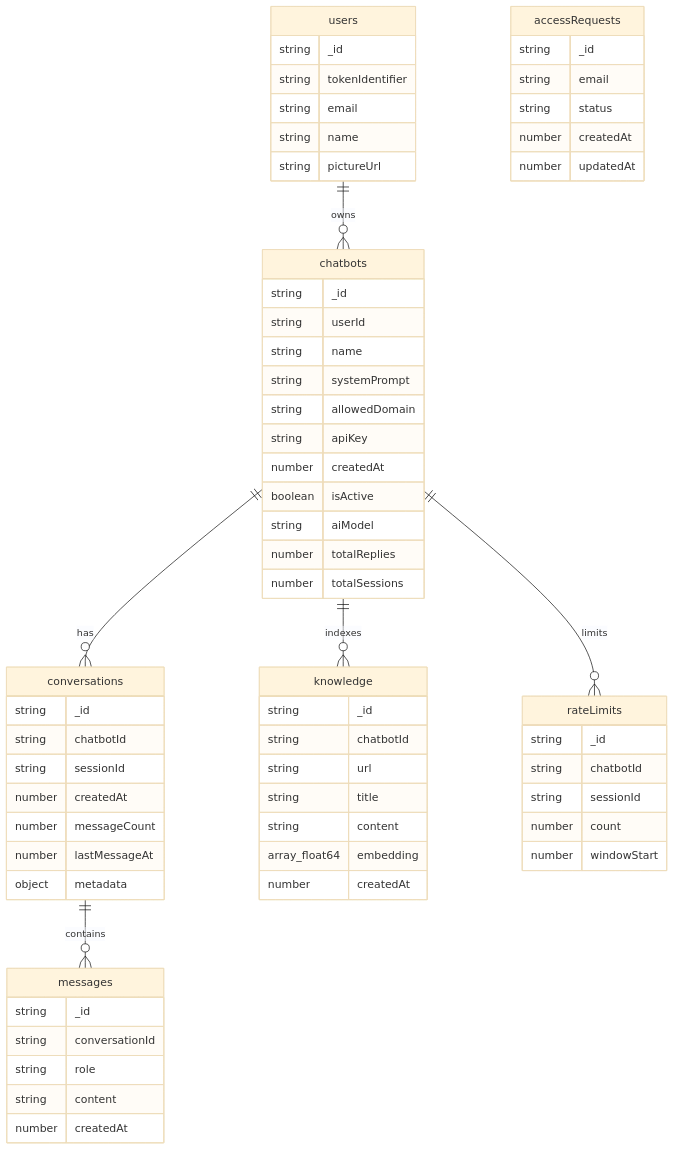
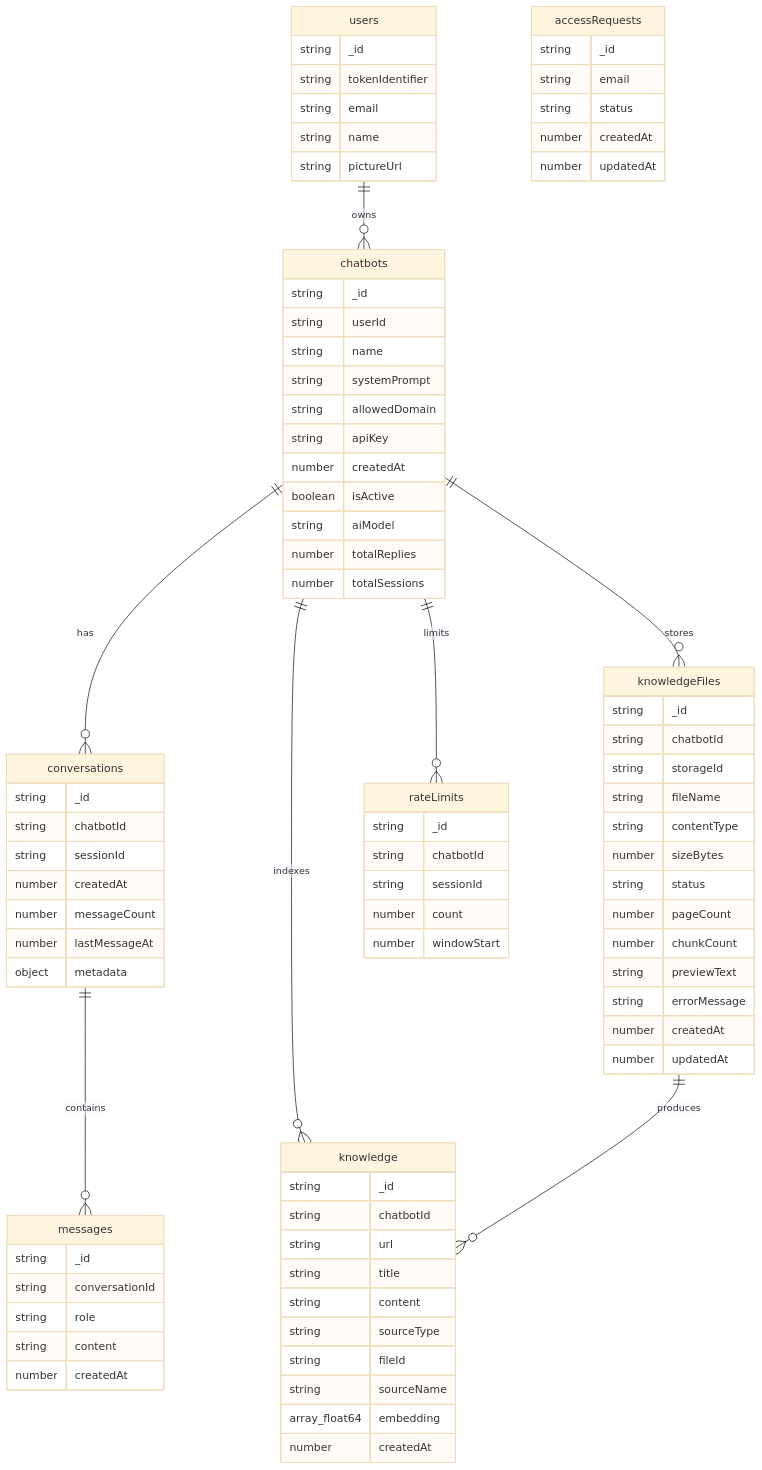
The diagram in docs/02-architecture/convex-erd.md (tsdlanm/widget-chatbot), drawn with Mermaid (base theme) before and after one commit. The commit also changed other lines of this file and 35 other files, not shown here.

```diff
--- a/docs/02-architecture/convex-erd.md
+++ b/docs/02-architecture/convex-erd.md
@@ -10,6 +10,8 @@
     chatbots ||--o{ conversations : has
     conversations ||--o{ messages : contains
     chatbots ||--o{ knowledge : indexes
+    chatbots ||--o{ knowledgeFiles : stores
+    knowledgeFiles ||--o{ knowledge : produces
     chatbots ||--o{ rateLimits : limits
 
     users {
@@ -58,8 +60,27 @@
         string url
         string title
         string content
+        string sourceType
+        string fileId
+        string sourceName
         array_float64 embedding
         number createdAt
+    }
+
+    knowledgeFiles {
+        string _id
+        string chatbotId
+        string storageId
+        string fileName
+        string contentType
+        number sizeBytes
+        string status
+        number pageCount
+        number chunkCount
+        string previewText
+        string errorMessage
+        number createdAt
+        number updatedAt
     }
 
     rateLimits {
```
